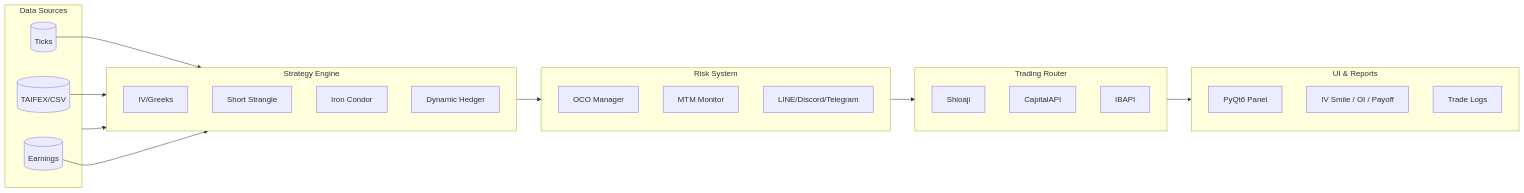
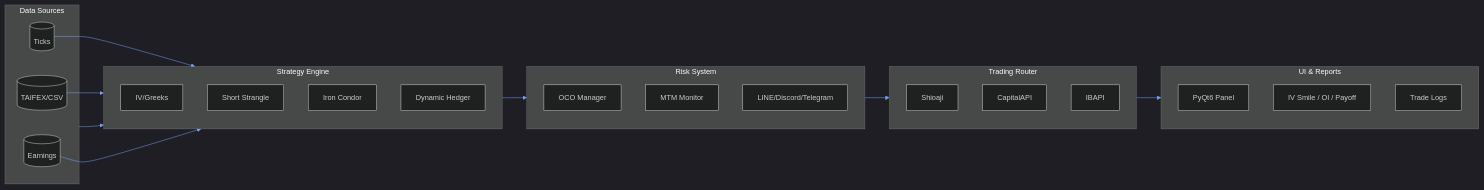
One commit to Weitsenyu/Weitsenyu changed the second of 4 diagrams in README.md. Above: the diagram before and after it, drawn with Mermaid. The commit also changed other lines of this file, not shown here.

````diff
--- a/README.md
+++ b/README.md
@@ -131,38 +131,39 @@
 ```mermaid
+%%{init: {'theme': 'dark', 'themeVariables': { 'fontSize': '15px', 'primaryColor': '#1f2328', 'lineColor': '#7aa2f7'}} }%%
 flowchart LR
   subgraph Data[Data Sources]
     Ticks[(Ticks)]
     TAIFEX[(TAIFEX/CSV)]
     Earnings[(Earnings)]
   end
 
   subgraph Strategy[Strategy Engine]
     IV[IV/Greeks]
     SStrangle[Short Strangle]
     ICondor[Iron Condor]
     Hedger[Dynamic Hedger]
   end
 
   subgraph Risk[Risk System]
     OCO[OCO Manager]
     MTM[MTM Monitor]
     Alerts[LINE/Discord/Telegram]
   end
 
   subgraph Router[Trading Router]
     SHIOAJI[Shioaji]
     CAPITAL[CapitalAPI]
     IB[IBAPI]
   end
 
   subgraph UIRep[UI & Reports]
     PyQt6[PyQt6 Panel]
     Viz[IV Smile / OI / Payoff]
     Logs[Trade Logs]
   end
 
   Data --> Strategy --> Risk --> Router --> UIRep
   Ticks --> Strategy
   TAIFEX --> Strategy
   Earnings --> Strategy
 ```
````
